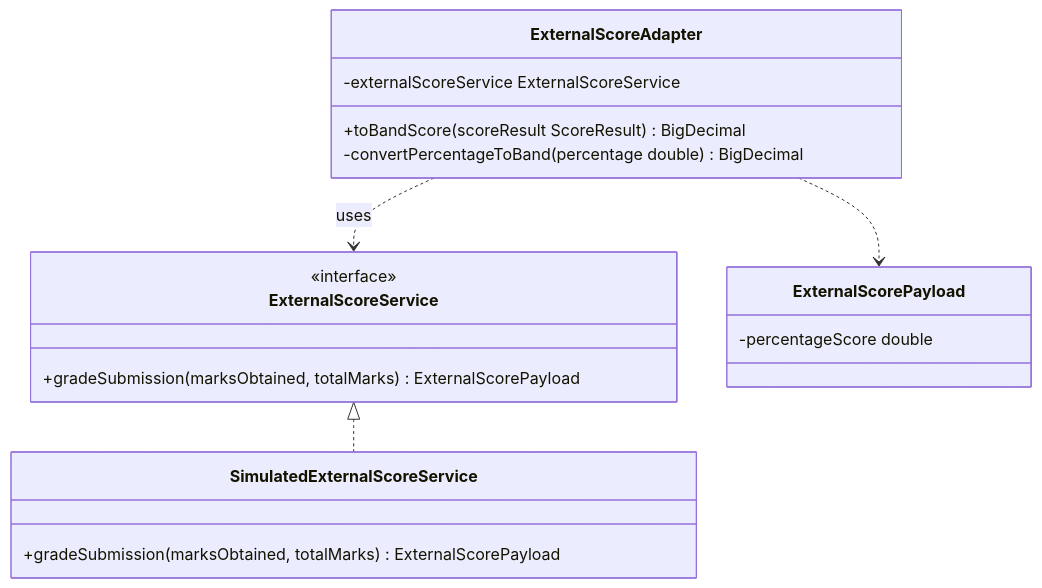
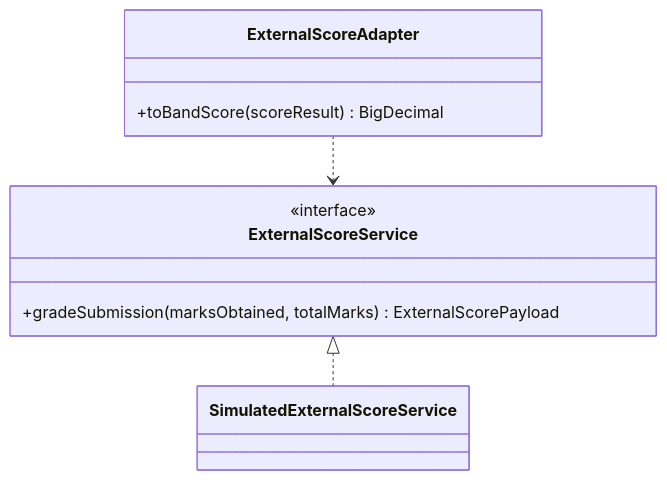
One commit to shook-04/IELTS-BETA changed the fifth of 5 diagrams in backend/src/main/java/com/ieltsbeta/backend/pattern/DESIGN_PATTERNS.md. Above: the diagram before and after it, drawn with Mermaid. The commit also changed other lines of this file and 1 other file, not shown here.

````diff
--- a/backend/src/main/java/com/ieltsbeta/backend/pattern/DESIGN_PATTERNS.md
+++ b/backend/src/main/java/com/ieltsbeta/backend/pattern/DESIGN_PATTERNS.md
@@ -147,21 +128,13 @@
 ```mermaid
 classDiagram
     class ExternalScoreAdapter {
-        -externalScoreService ExternalScoreService
-        +toBandScore(scoreResult ScoreResult) BigDecimal
-        -convertPercentageToBand(percentage double) BigDecimal
+        +toBandScore(scoreResult) BigDecimal
     }
     class ExternalScoreService {
         <<interface>>
         +gradeSubmission(marksObtained, totalMarks) ExternalScorePayload
     }
-    class SimulatedExternalScoreService {
-        +gradeSubmission(marksObtained, totalMarks) ExternalScorePayload
-    }
-    class ExternalScorePayload {
-        -percentageScore double
-    }
+    class SimulatedExternalScoreService
     ExternalScoreService <|.. SimulatedExternalScoreService
-    ExternalScoreAdapter ..> ExternalScoreService : uses
-    ExternalScoreAdapter ..> ExternalScorePayload
+    ExternalScoreAdapter ..> ExternalScoreService
 ```
````
